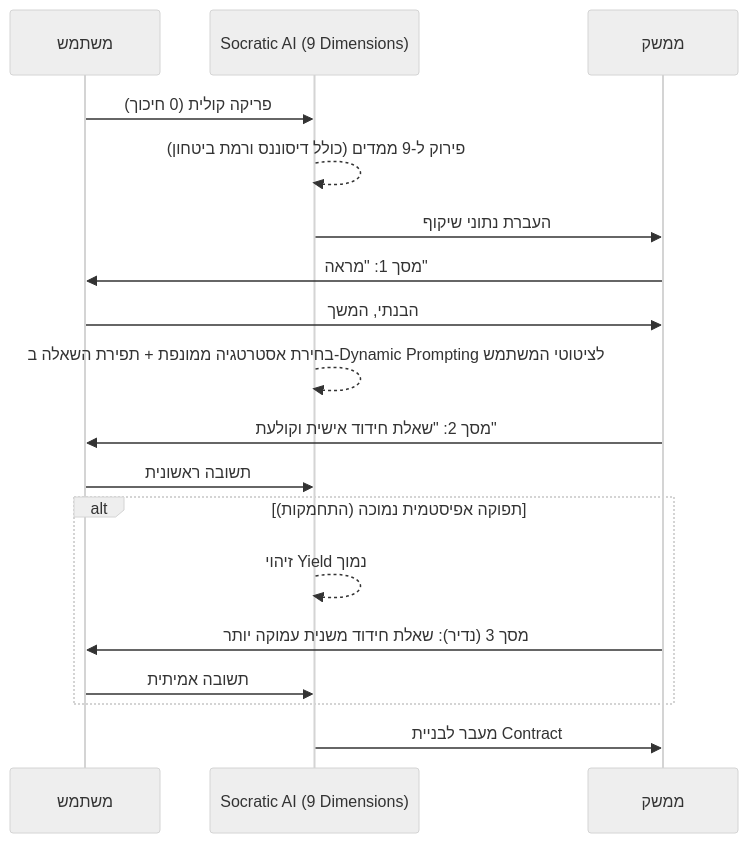
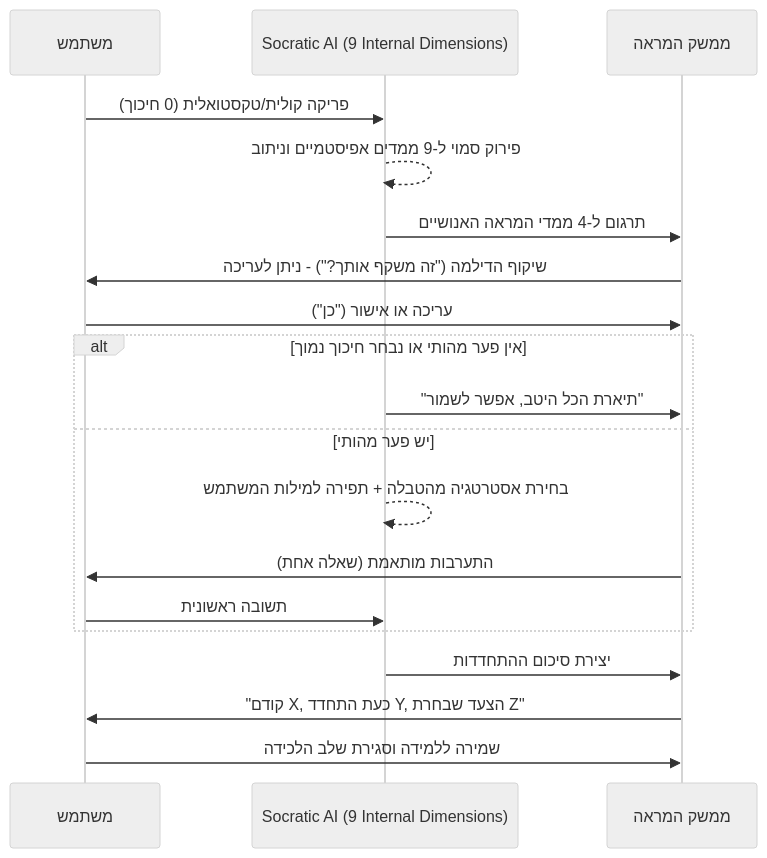
One commit to guykul-afk/Echo changed the diagram in docs/COGNITIVE_ENGINE.md. Above: the diagram before and after it, drawn with Mermaid (neutral theme). The commit also changed other lines of this file and 20 other files, not shown here.

Commit message:
feat: implement developing mirror architecture, adaptive friction, and 3-axis outcome

````diff
--- a/docs/COGNITIVE_ENGINE.md
+++ b/docs/COGNITIVE_ENGINE.md
@@ -65,23 +66,24 @@
 ```mermaid
 sequenceDiagram
     participant U as משתמש
-    participant AI as Socratic AI (9 Dimensions)
-    participant UI as ממשק
+    participant AI as Socratic AI (9 Internal Dimensions)
+    participant UI as ממשק המראה
     
-    U->>AI: פריקה קולית (0 חיכוך)
-    AI-->>AI: פירוק ל-9 ממדים (כולל דיסוננס ורמת ביטחון)
-    AI->>UI: העברת נתוני שיקוף
-    UI->>U: מסך 1: "מראה" 
-    U->>UI: הבנתי, המשך
-    AI-->>AI: בחירת אסטרטגיה ממונפת + תפירת השאלה ב-Dynamic Prompting לציטוטי המשתמש
-    UI->>U: מסך 2: "שאלת חידוד אישית וקולעת"
-    U->>AI: תשובה ראשונית
+    U->>AI: פריקה קולית/טקסטואלית (0 חיכוך)
+    AI-->>AI: פירוק סמוי ל-9 ממדים אפיסטמיים וניתוב
+    AI->>UI: תרגום ל-4 ממדי המראה האנושיים
+    UI->>U: שיקוף הדילמה ("זה משקף אותך?") - ניתן לעריכה
+    U->>UI: עריכה או אישור ("כן")
     
-    alt תפוקה אפיסטמית נמוכה (התחמקות)
-        AI-->>AI: זיהוי Yield נמוך
-        UI->>U: מסך 3 (נדיר): שאלת חידוד משנית עמוקה יותר
-        U->>AI: תשובה אמיתית
+    alt אין פער מהותי או נבחר חיכוך נמוך
+        AI->>UI: "תיארת הכל היטב, אפשר לשמור"
+    else יש פער מהותי
+        AI-->>AI: בחירת אסטרטגיה מהטבלה + תפירה למילות המשתמש
+        UI->>U: התערבות מותאמת (שאלה אחת)
+        U->>AI: תשובה ראשונית
     end
     
-    AI->>UI: מעבר לבניית Contract
+    AI->>UI: יצירת סיכום ההתחדדות
+    UI->>U: "קודם X, כעת התחדד Y, הצעד שבחרת Z"
+    U->>UI: שמירה ללמידה וסגירת שלב הלכידה
 ```
````
